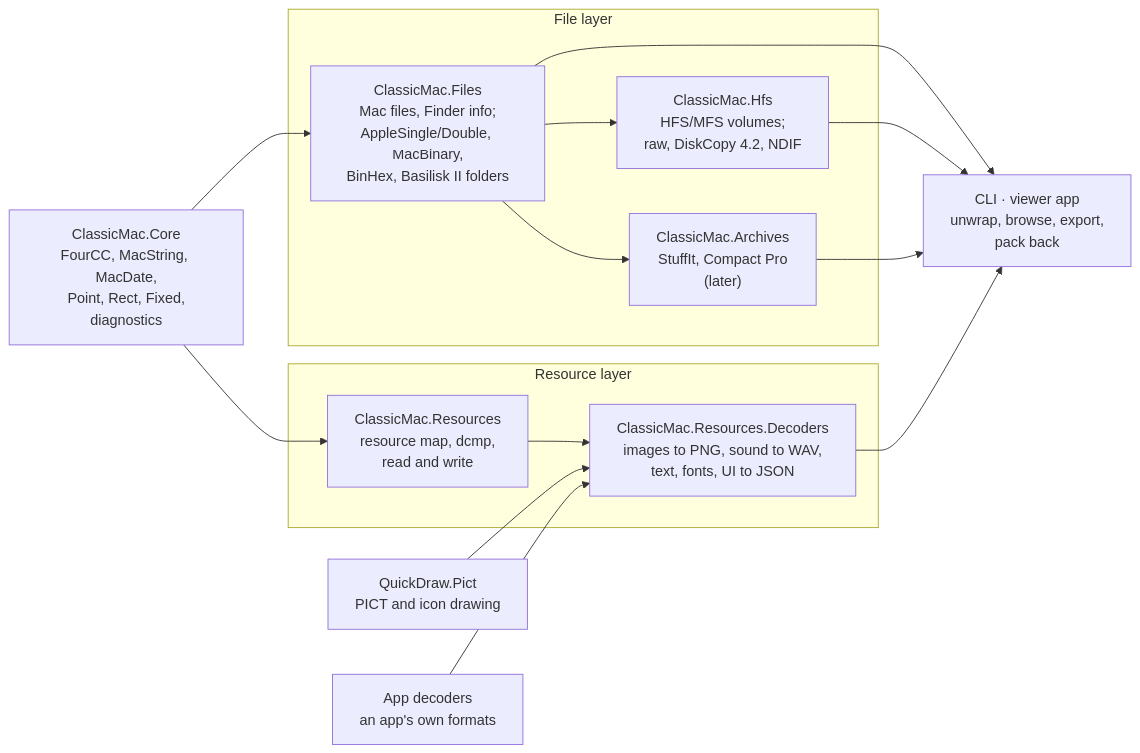
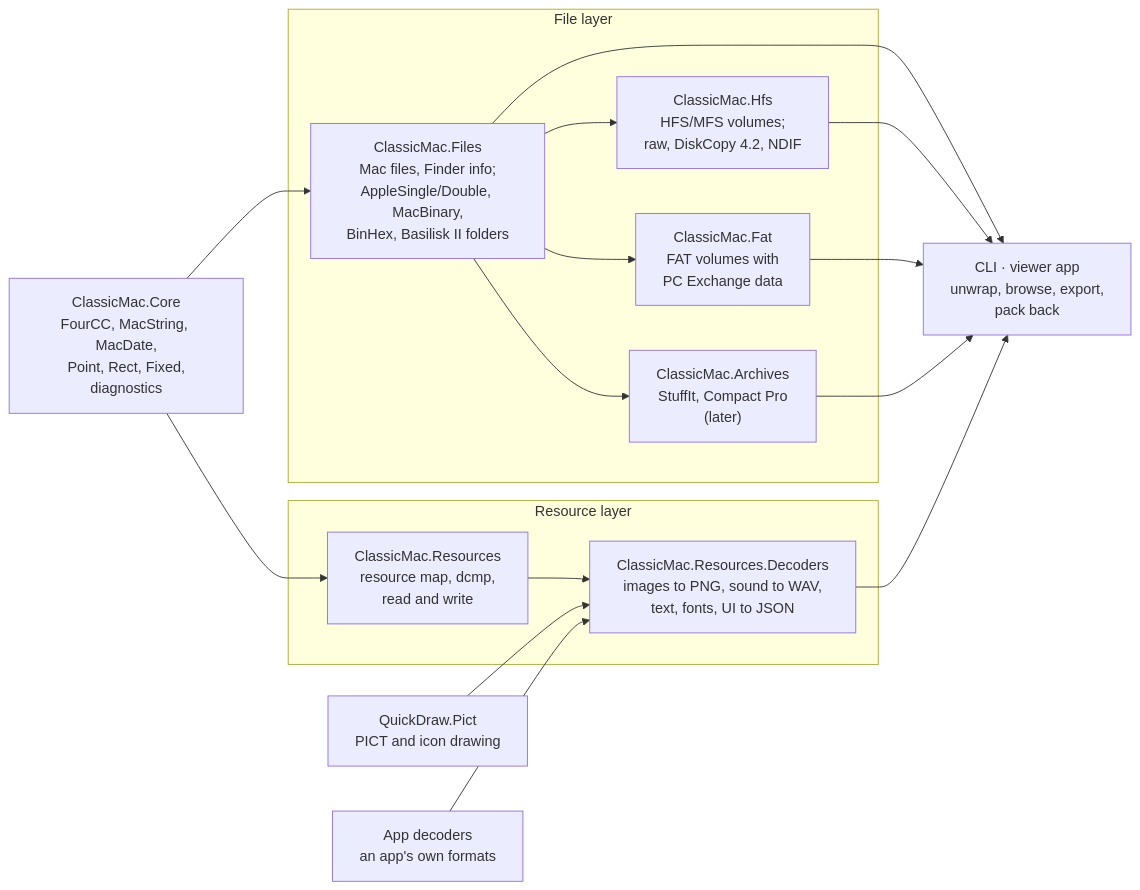
One commit to inexin/ClassicMac changed the diagram in docs/PLAN.md. Above: the diagram before and after it, drawn with Mermaid. The commit also changed other lines of this file, not shown here.

First line of the commit message:
Plan: FAT volumes as a standalone ClassicMac.Fat package

````diff
--- a/docs/PLAN.md
+++ b/docs/PLAN.md
@@ -276,20 +276,21 @@
 ```mermaid
 flowchart LR
     B["ClassicMac.Core<br/>FourCC, MacString, MacDate,<br/>Point, Rect, Fixed,<br/>diagnostics"]
     subgraph filelayer["File layer"]
         F["ClassicMac.Files<br/>Mac files, Finder info;<br/>AppleSingle/Double, MacBinary,<br/>BinHex, Basilisk II folders"]
         H["ClassicMac.Hfs<br/>HFS/MFS volumes;<br/>raw, DiskCopy 4.2, NDIF"]
+        T["ClassicMac.Fat<br/>FAT volumes with<br/>PC Exchange data"]
         R["ClassicMac.Archives<br/>StuffIt, Compact Pro<br/>(later)"]
     end
     subgraph resourcelayer["Resource layer"]
         M["ClassicMac.Resources<br/>resource map, dcmp,<br/>read and write"]
         D["ClassicMac.Resources.Decoders<br/>images to PNG, sound to WAV,<br/>text, fonts, UI to JSON"]
     end
     E["CLI · viewer app<br/>unwrap, browse, export,<br/>pack back"]
     B --> F & M
-    F --> H & R
+    F --> H & T & R
     M --> D
-    F & H & R & D --> E
+    F & H & T & R & D --> E
     Q["QuickDraw.Pict<br/>PICT and icon drawing"] --> D
     A["App decoders<br/>an app's own formats"] --> D
 ```
````
